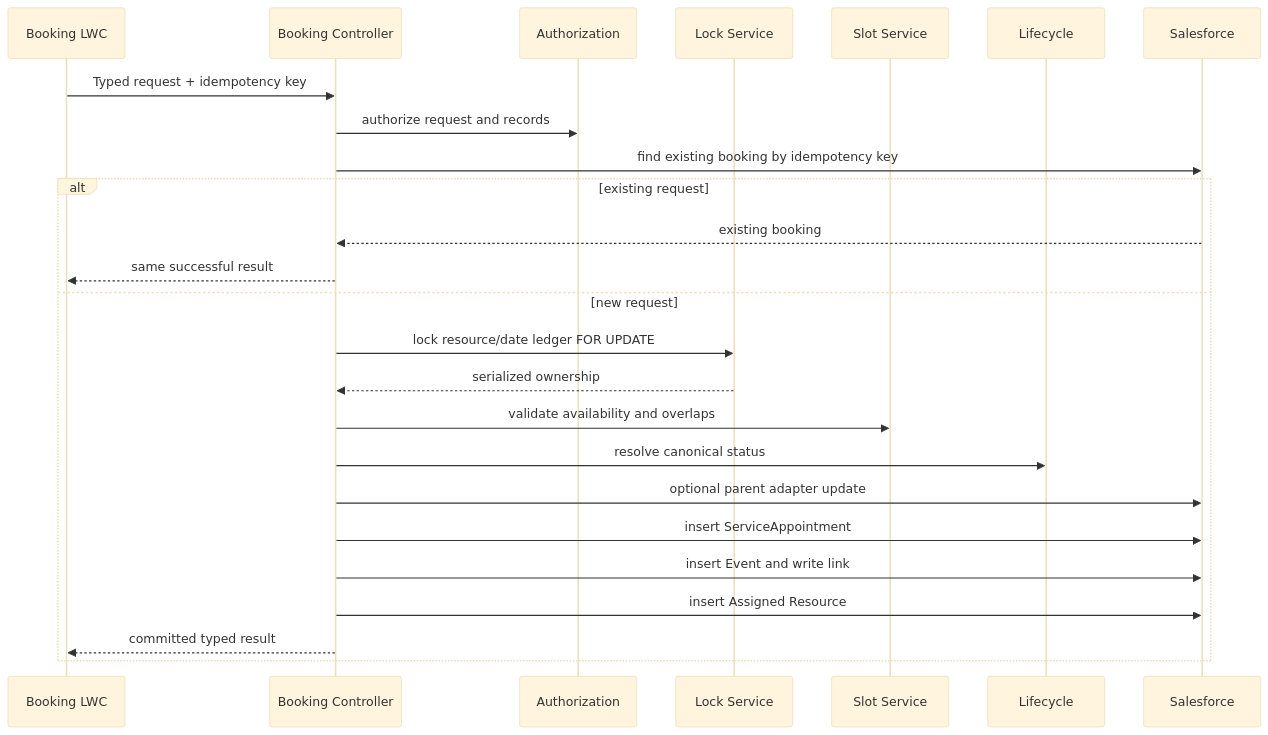
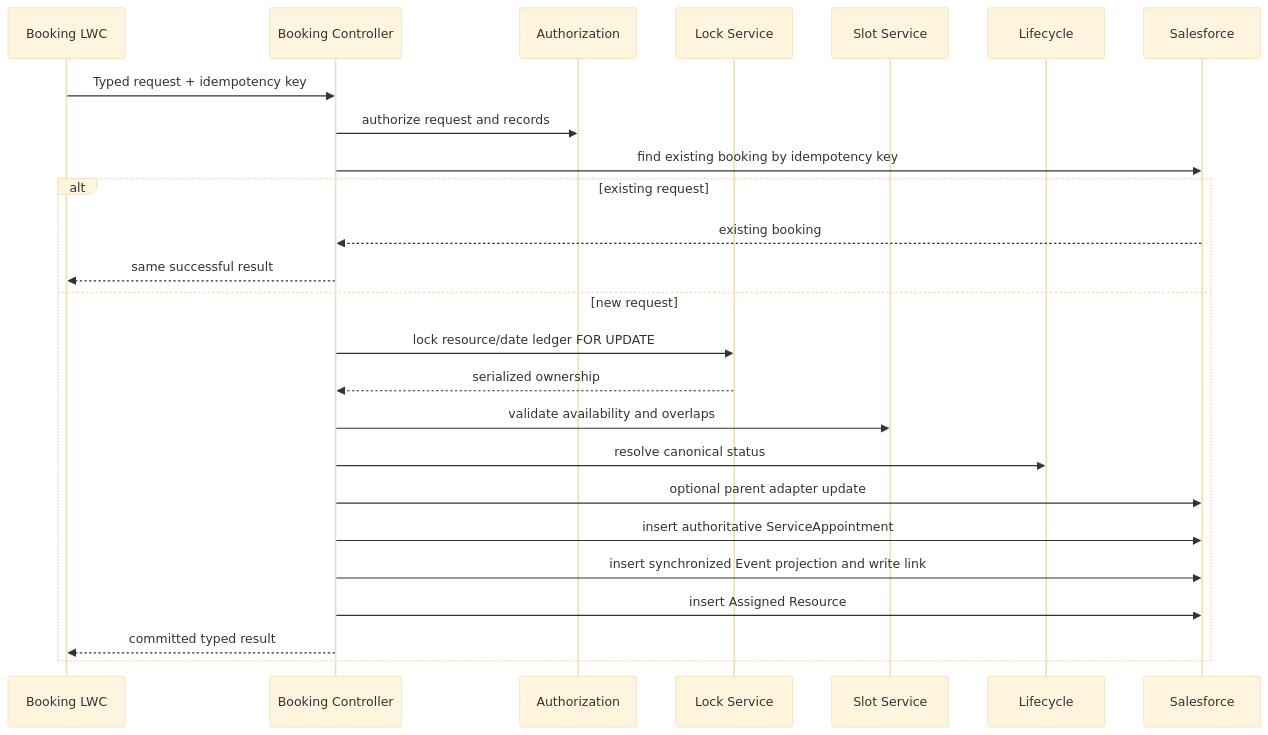
Before and after one commit to nexussync11/SchedulerAI: the second of 2 diagrams in docs/PHASE_0_TARGET_ARCHITECTURE.md, drawn with Mermaid (base theme). The commit also changed other lines of this file and 3 other files, not shown here.

Commit message:
Gate 0 - incorporate approved architecture decisions

````diff
--- a/docs/PHASE_0_TARGET_ARCHITECTURE.md
+++ b/docs/PHASE_0_TARGET_ARCHITECTURE.md
@@ -98,28 +101,28 @@
 ```mermaid
 sequenceDiagram
   participant UI as Booking LWC
   participant API as Booking Controller
   participant SEC as Authorization
   participant LOCK as Lock Service
   participant SLOT as Slot Service
   participant LIFE as Lifecycle
   participant DB as Salesforce
 
   UI->>API: Typed request + idempotency key
   API->>SEC: authorize request and records
   API->>DB: find existing booking by idempotency key
   alt existing request
     DB-->>API: existing booking
     API-->>UI: same successful result
   else new request
     API->>LOCK: lock resource/date ledger FOR UPDATE
     LOCK-->>API: serialized ownership
     API->>SLOT: validate availability and overlaps
     API->>LIFE: resolve canonical status
     API->>DB: optional parent adapter update
-    API->>DB: insert ServiceAppointment
-    API->>DB: insert Event and write link
+    API->>DB: insert authoritative ServiceAppointment
+    API->>DB: insert synchronized Event projection and write link
     API->>DB: insert Assigned Resource
     API-->>UI: committed typed result
   end
 ```
````
